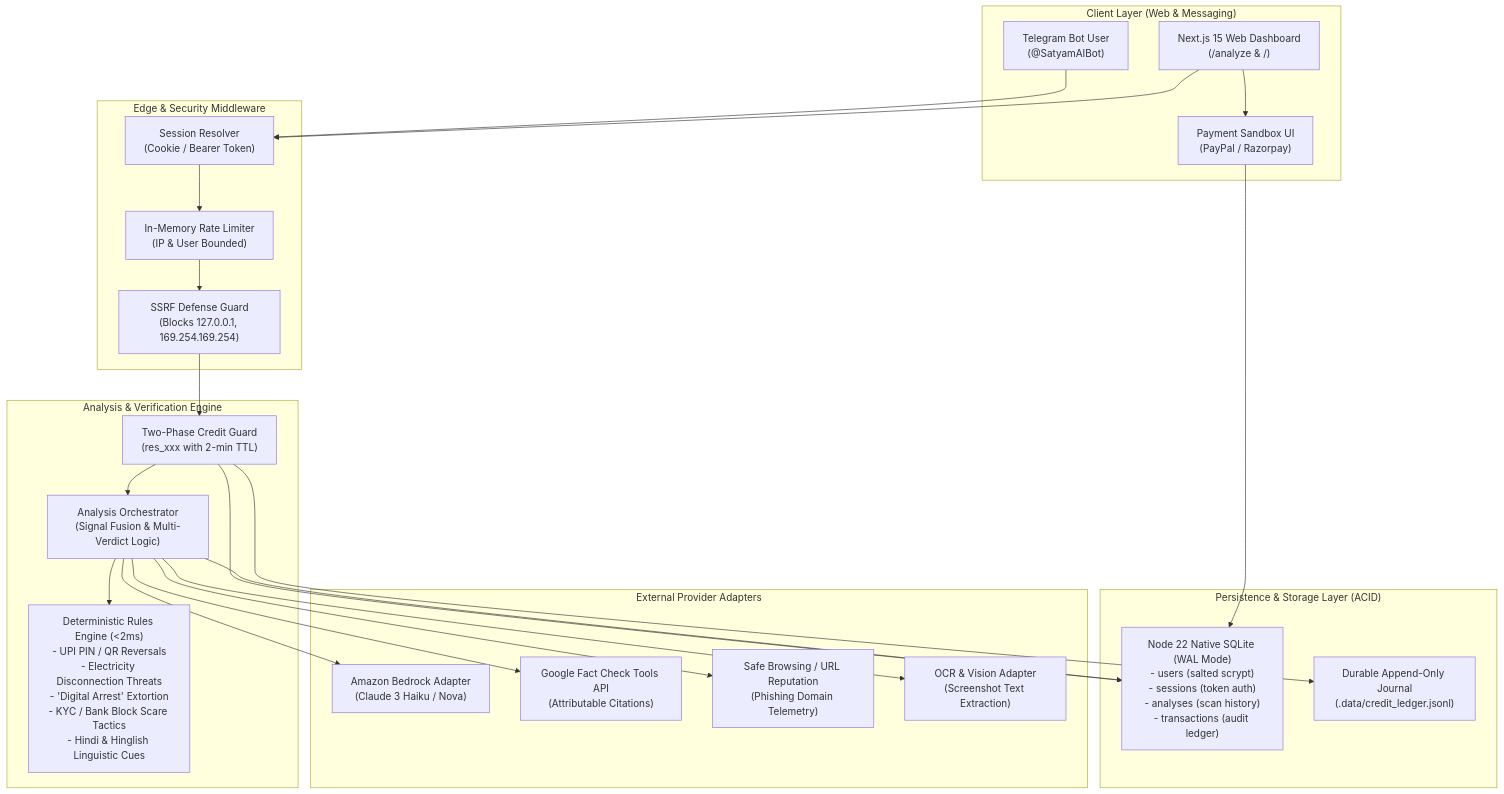
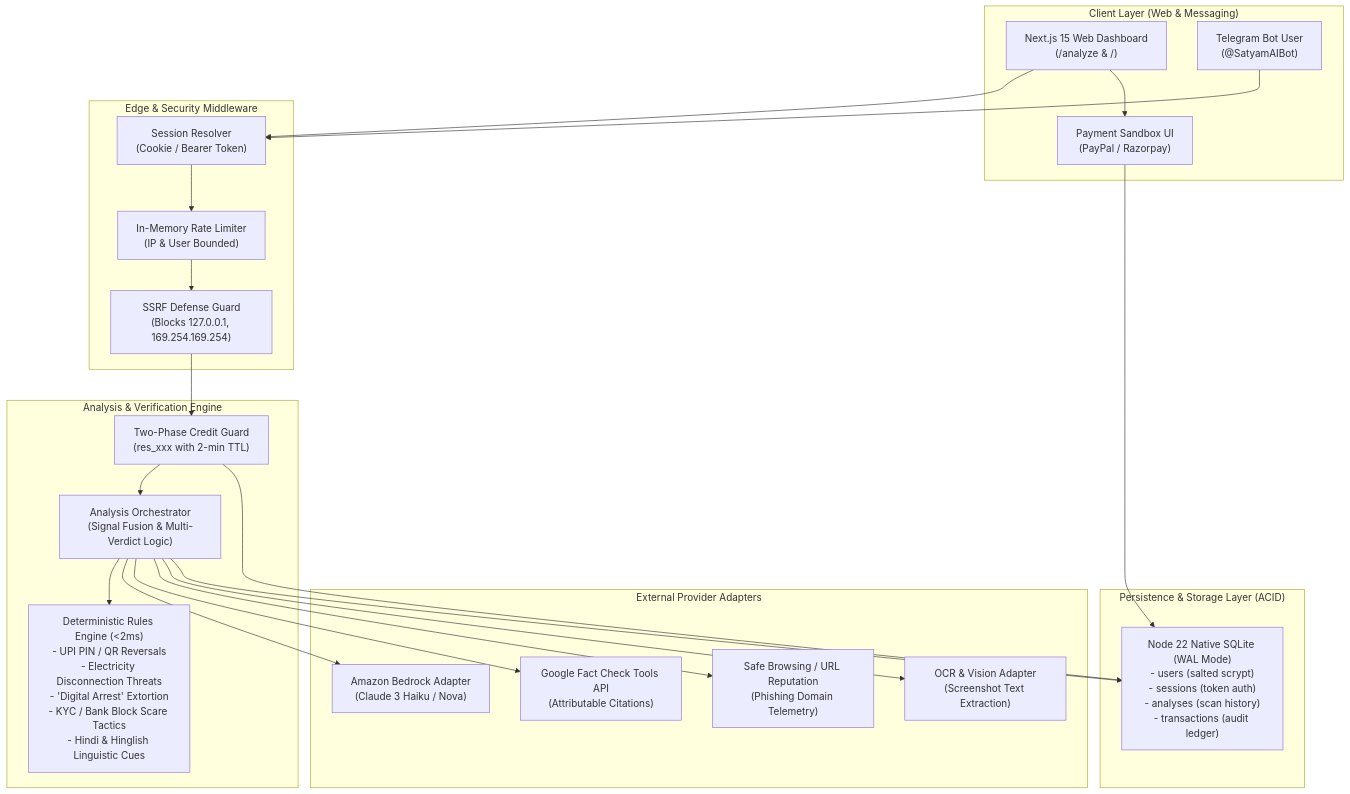
One commit to AmanInAction/satyam-ai changed the first of 4 diagrams in README.md. Above: the diagram before and after it, drawn with Mermaid. The commit also changed 4 other files, not shown here.

First line of the commit message:
refactor: migrate credit ledger from JSONL to SQLite

````diff
--- a/README.md
+++ b/README.md
@@ -18,49 +18,47 @@
 ```mermaid
 graph TD
     subgraph ClientLayer ["Client Layer (Web & Messaging)"]
         UI["Next.js 15 Web Dashboard<br/>(/analyze & /)"]
         TGBot["Telegram Bot User<br/>(@SatyamAIBot)"]
         PaypalModal["Payment Sandbox UI<br/>(PayPal / Razorpay)"]
     end
 
     subgraph GatewayLayer ["Edge & Security Middleware"]
         RateLimit["In-Memory Rate Limiter<br/>(IP & User Bounded)"]
         SSRF["SSRF Defense Guard<br/>(Blocks 127.0.0.1, 169.254.169.254)"]
         SessionParser["Session Resolver<br/>(Cookie / Bearer Token)"]
     end
 
     subgraph CoreEngine ["Analysis & Verification Engine"]
         CreditGuard["Two-Phase Credit Guard<br/>(res_xxx with 2-min TTL)"]
         RulesEngine["Deterministic Rules Engine (&lt;2ms)<br/>- UPI PIN / QR Reversals<br/>- Electricity Disconnection Threats<br/>- 'Digital Arrest' Extortion<br/>- KYC / Bank Block Scare Tactics<br/>- Hindi & Hinglish Linguistic Cues"]
         Orchestrator["Analysis Orchestrator<br/>(Signal Fusion & Multi-Verdict Logic)"]
     end
 
     subgraph ExternalAdapters ["External Provider Adapters"]
         Bedrock["Amazon Bedrock Adapter<br/>(Claude 3 Haiku / Nova)"]
         FactCheck["Google Fact Check Tools API<br/>(Attributable Citations)"]
         SafeBrowsing["Safe Browsing / URL Reputation<br/>(Phishing Domain Telemetry)"]
         VisionOCR["OCR & Vision Adapter<br/>(Screenshot Text Extraction)"]
     end
 
     subgraph DataPersistence ["Persistence & Storage Layer (ACID)"]
         SQLiteDB["Node 22 Native SQLite (WAL Mode)<br/>- users (salted scrypt)<br/>- sessions (token auth)<br/>- analyses (scan history)<br/>- transactions (audit ledger)"]
-        JSONLJournal["Durable Append-Only Journal<br/>(.data/credit_ledger.jsonl)"]
     end
 
     UI --> SessionParser
     UI --> PaypalModal
     TGBot --> SessionParser
     SessionParser --> RateLimit
     RateLimit --> SSRF
     SSRF --> CreditGuard
     CreditGuard --> Orchestrator
     Orchestrator --> RulesEngine
     Orchestrator --> Bedrock
     Orchestrator --> FactCheck
     Orchestrator --> SafeBrowsing
     Orchestrator --> VisionOCR
     Orchestrator --> SQLiteDB
     CreditGuard --> SQLiteDB
-    CreditGuard --> JSONLJournal
     PaypalModal --> SQLiteDB
 ```
````
